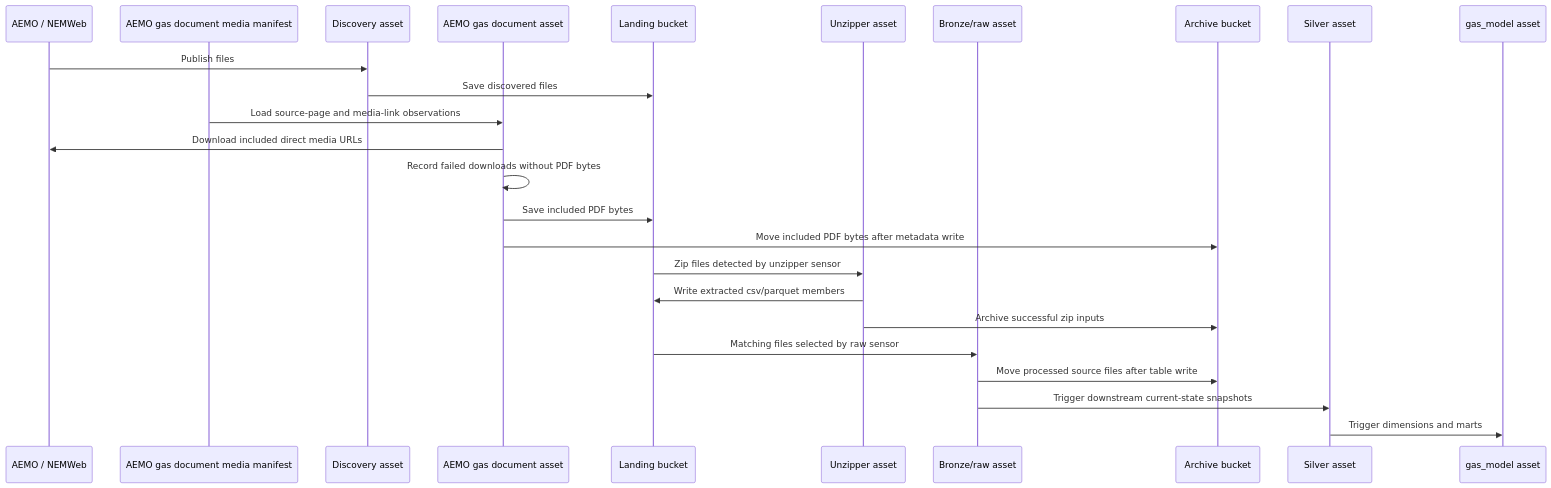
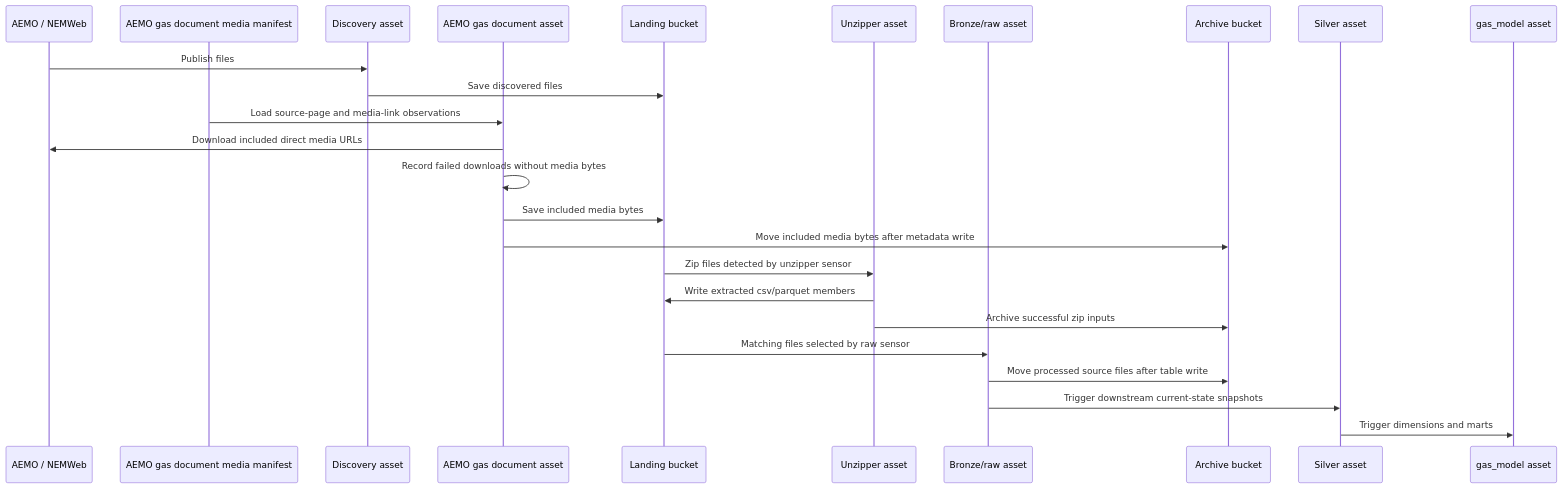
The third of 3 diagrams in backend-services/dagster-user/aemo-etl/README.md (Chr1sC0de/energy-market-delta-lake), drawn with Mermaid before and after one commit. The commit also changed other lines of this file and 10 other files, not shown here.

````diff
--- a/backend-services/dagster-user/aemo-etl/README.md
+++ b/backend-services/dagster-user/aemo-etl/README.md
@@ -139,28 +139,28 @@
 ```mermaid
 sequenceDiagram
     participant Source as AEMO / NEMWeb
     participant Manifest as AEMO gas document media manifest
     participant Discover as Discovery asset
     participant Docs as AEMO gas document asset
     participant Landing as Landing bucket
     participant Unzip as Unzipper asset
     participant Raw as Bronze/raw asset
     participant Archive as Archive bucket
     participant Silver as Silver asset
     participant GasModel as gas_model asset
 
     Source->>Discover: Publish files
     Discover->>Landing: Save discovered files
     Manifest->>Docs: Load source-page and media-link observations
     Docs->>Source: Download included direct media URLs
-    Docs->>Docs: Record failed downloads without PDF bytes
-    Docs->>Landing: Save included PDF bytes
-    Docs->>Archive: Move included PDF bytes after metadata write
+    Docs->>Docs: Record failed downloads without media bytes
+    Docs->>Landing: Save included media bytes
+    Docs->>Archive: Move included media bytes after metadata write
     Landing->>Unzip: Zip files detected by unzipper sensor
     Unzip->>Landing: Write extracted csv/parquet members
     Unzip->>Archive: Archive successful zip inputs
     Landing->>Raw: Matching files selected by raw sensor
     Raw->>Archive: Move processed source files after table write
     Raw->>Silver: Trigger downstream current-state snapshots
     Silver->>GasModel: Trigger dimensions and marts
 ```
````
